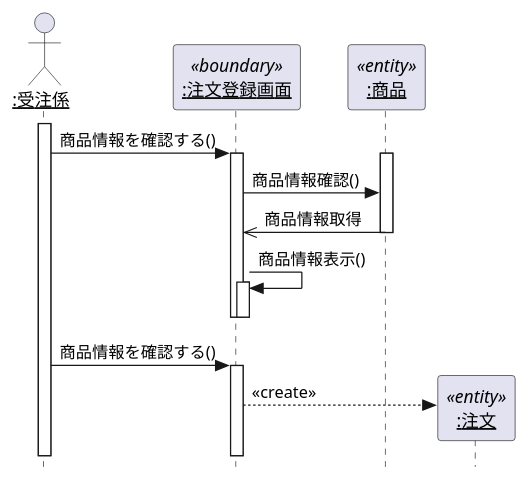
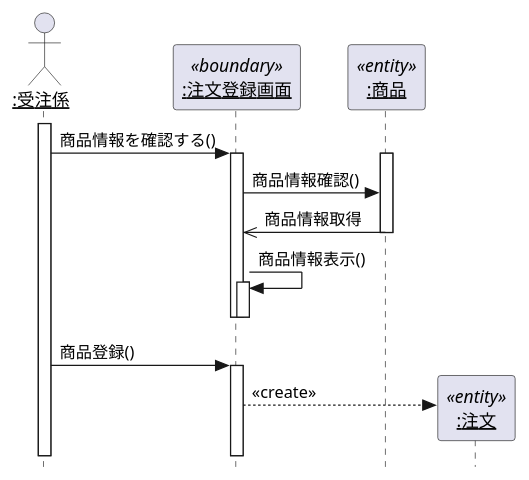
One commit to yoshiokaharuto/uml-introduction changed the diagram in 演習4-4_SD_商品注文.pu. Above: the diagram before and after it, drawn with PlantUML.

Commit message:
演習4-4の作成

```diff
--- a/演習4-4_SD_商品注文.pu
+++ b/演習4-4_SD_商品注文.pu
@@ -1,30 +1,30 @@
 @startuml 演習4-4_SD_商品注文
 
     hide footbox
     ' autonumber /'メッセージに自動で番号を降る '/
     skinparam style strictuml /' 厳密なUMLに準拠する '/
 
     actor "<u>:受注係</u>" as employee
     participant "<u>:注文登録画面</u>" as register <<boundary>>
     participant "<u>:商品</u>" as goods        <<entity>>
 
     activate employee
        employee -> register :商品情報を確認する()
        activate register
             activate goods
                register -> goods: 商品情報確認()
                register  <<- goods: 商品情報取得
             deactivate goods
             register -> register: 商品情報表示()
             activate register
             deactivate register
        deactivate register
 
 
-      employee -> register: 商品情報を確認する()
+      employee -> register: 商品登録()
       activate register
           create "<u>:注文</u>" as order       <<entity>>
           register --> order : <<create>>
 '     deactivate employee
 
 @enduml
```
